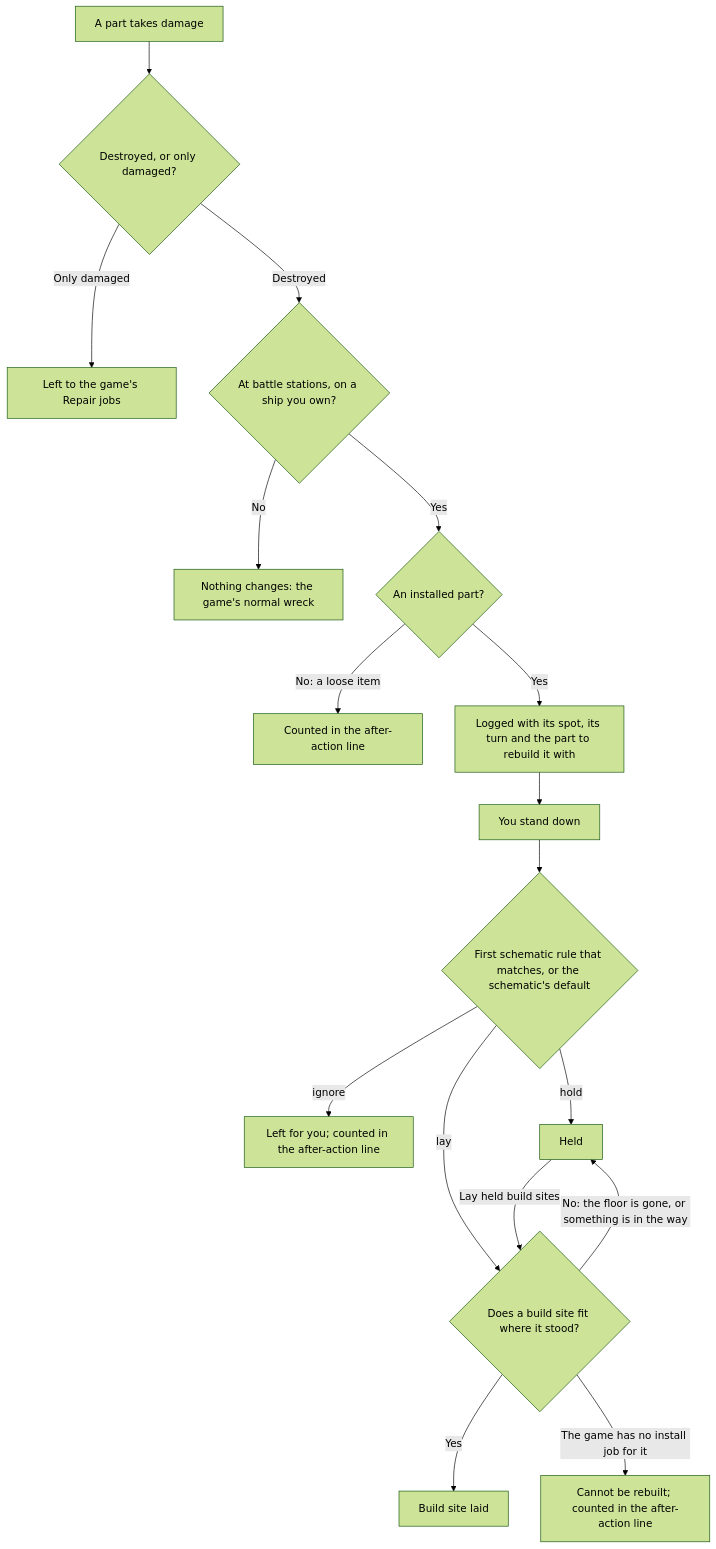
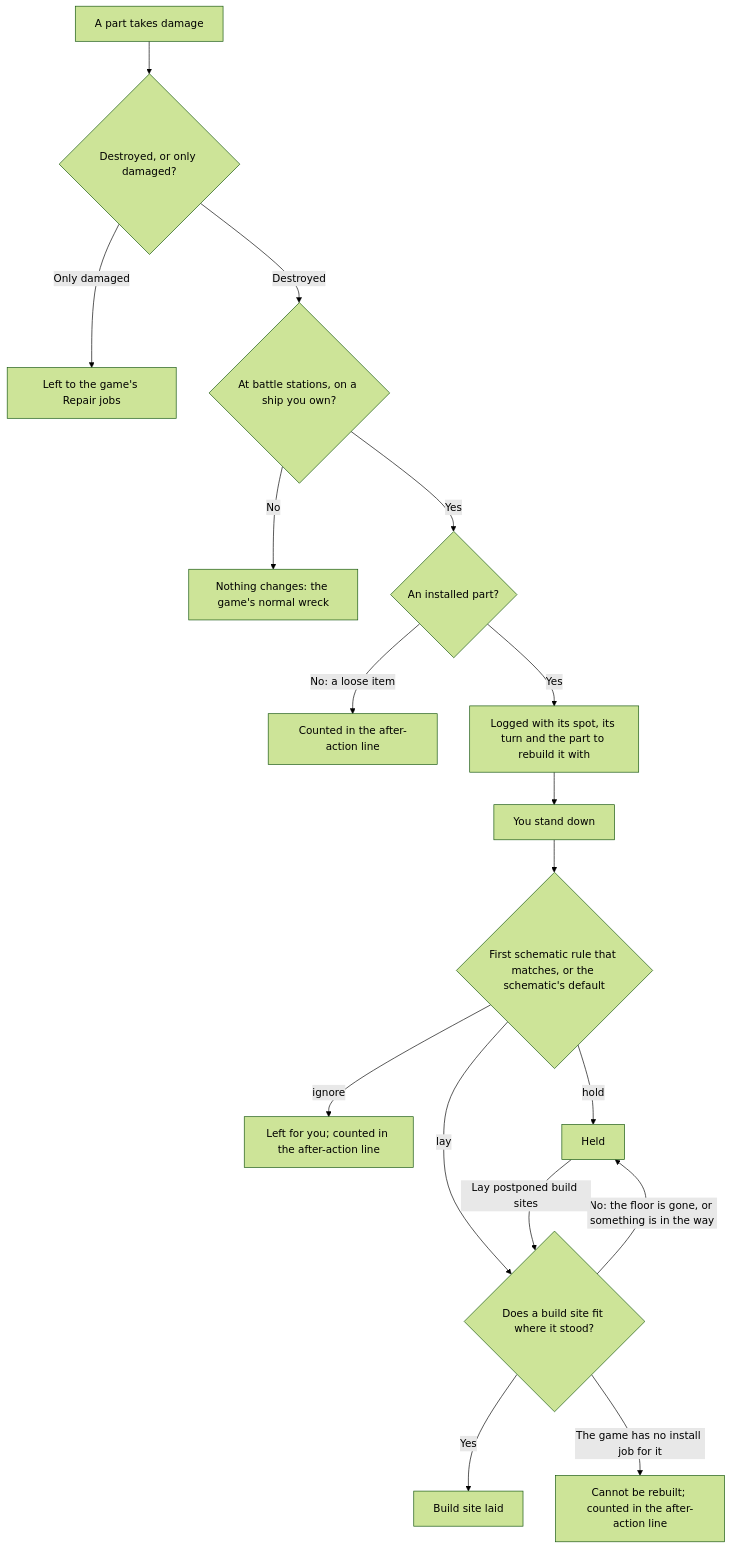
The third of 5 diagrams in docs/war-declared-player-guide.md (phobos-dthorga/phobos-ostranauts), drawn with Mermaid (forest theme) before and after one commit. The commit also changed other lines of this file and 46 other files, not shown here.

````diff
--- a/docs/war-declared-player-guide.md
+++ b/docs/war-declared-player-guide.md
@@ -65,19 +65,19 @@
 ```mermaid
 flowchart TD
     Hit["A part takes damage"] --> Q0{"Destroyed, or only damaged?"}
     Q0 -->|Only damaged| Repair["Left to the game's Repair jobs"]
     Q0 -->|Destroyed| Q1{"At battle stations, on a ship you own?"}
     Q1 -->|No| Native["Nothing changes: the game's normal wreck"]
     Q1 -->|Yes| Q2{"An installed part?"}
     Q2 -->|"No: a loose item"| Report["Counted in the after-action line"]
     Q2 -->|Yes| Log["Logged with its spot, its turn and the part to rebuild it with"]
     Log --> Stand["You stand down"]
     Stand --> Rule{"First schematic rule that matches, or the schematic's default"}
     Rule -->|ignore| Left["Left for you; counted in the after-action line"]
     Rule -->|hold| Held["Held"]
     Rule -->|lay| Fit{"Does a build site fit where it stood?"}
     Fit -->|Yes| Laid["Build site laid"]
     Fit -->|"No: the floor is gone, or something is in the way"| Held
     Fit -->|"The game has no install job for it"| No["Cannot be rebuilt; counted in the after-action line"]
-    Held -->|Lay held build sites| Fit
+    Held -->|Lay postponed build sites| Fit
 ```
````
